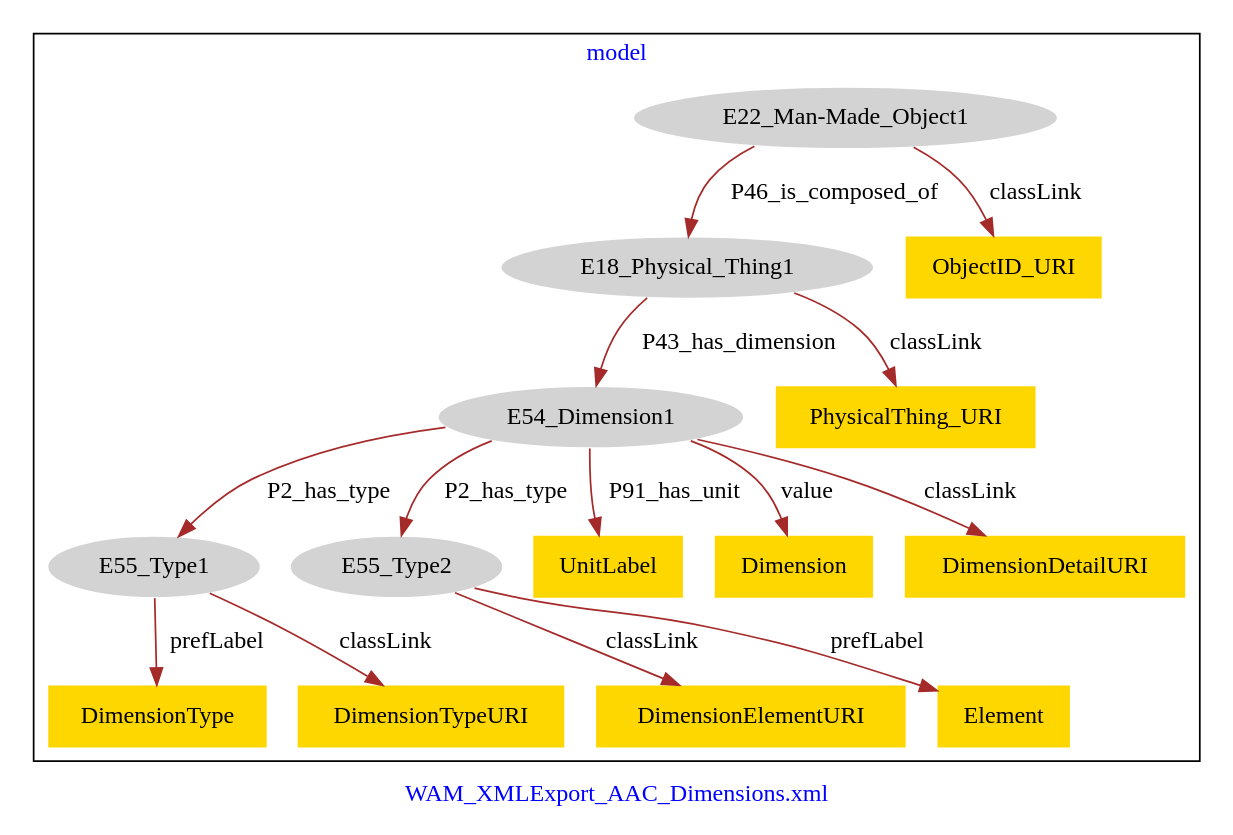
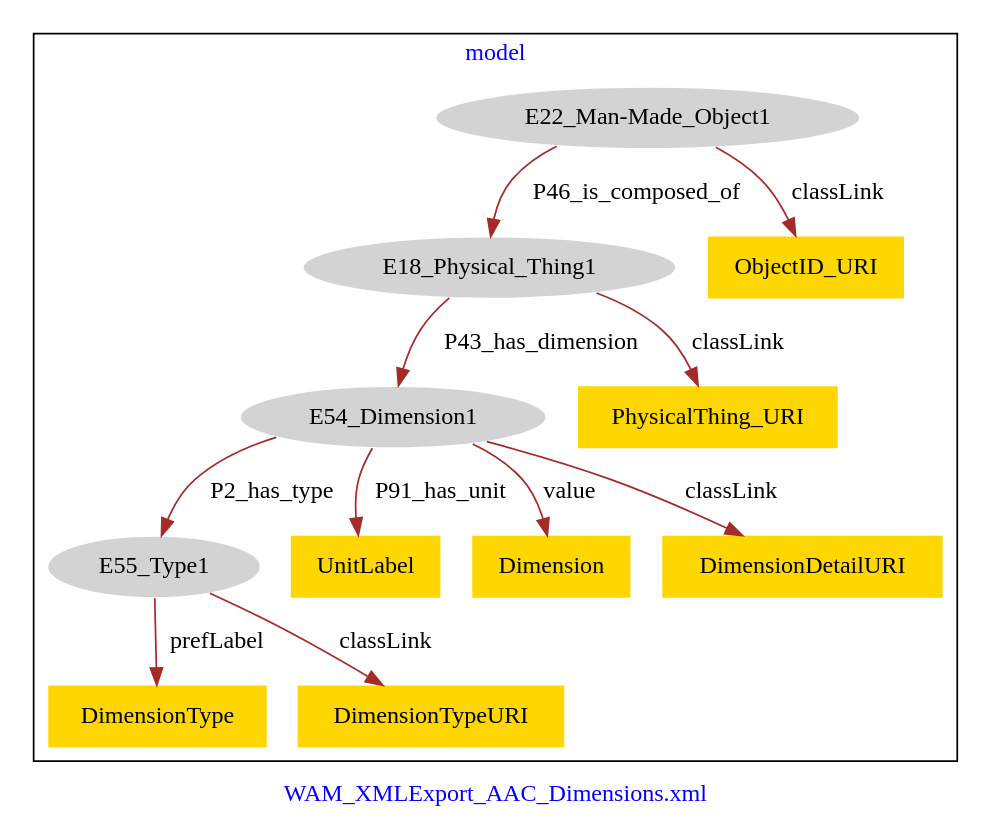
One commit to american-art/wam changed the diagram in WAM_AAC_Dimensions/WAM_AAC_Dimensions-model.dot. Above: the diagram before and after it, drawn with Graphviz.

Commit message:
Update file WAM_AAC_Dimensions-model.dot

```diff
--- a/WAM_AAC_Dimensions/WAM_AAC_Dimensions-model.dot
+++ b/WAM_AAC_Dimensions/WAM_AAC_Dimensions-model.dot
@@ -1,35 +1,29 @@
 digraph n0 {
 fontcolor="blue"
 remincross="true"
 label="WAM_XMLExport_AAC_Dimensions.xml"
 subgraph cluster {
 label="model"
 n2[style="filled",color="white",fillcolor="lightgray",label="E18_Physical_Thing1"];
 n3[style="filled",color="white",fillcolor="lightgray",label="E54_Dimension1"];
 n4[style="filled",color="white",fillcolor="lightgray",label="E22_Man-Made_Object1"];
 n5[style="filled",color="white",fillcolor="lightgray",label="E55_Type1"];
-n6[style="filled",color="white",fillcolor="lightgray",label="E55_Type2"];
+n6[shape="plaintext",style="filled",fillcolor="gold",label="DimensionType"];
 n7[shape="plaintext",style="filled",fillcolor="gold",label="UnitLabel"];
 n8[shape="plaintext",style="filled",fillcolor="gold",label="Dimension"];
-n9[shape="plaintext",style="filled",fillcolor="gold",label="DimensionElementURI"];
-n10[shape="plaintext",style="filled",fillcolor="gold",label="Element"];
-n11[shape="plaintext",style="filled",fillcolor="gold",label="DimensionType"];
-n12[shape="plaintext",style="filled",fillcolor="gold",label="DimensionTypeURI"];
-n13[shape="plaintext",style="filled",fillcolor="gold",label="PhysicalThing_URI"];
-n14[shape="plaintext",style="filled",fillcolor="gold",label="ObjectID_URI"];
-n15[shape="plaintext",style="filled",fillcolor="gold",label="DimensionDetailURI"];
+n9[shape="plaintext",style="filled",fillcolor="gold",label="DimensionTypeURI"];
+n10[shape="plaintext",style="filled",fillcolor="gold",label="PhysicalThing_URI"];
+n11[shape="plaintext",style="filled",fillcolor="gold",label="ObjectID_URI"];
+n12[shape="plaintext",style="filled",fillcolor="gold",label="DimensionDetailURI"];
 }
 n2 -> n3[color="brown",fontcolor="black",label="P43_has_dimension"]
 n4 -> n2[color="brown",fontcolor="black",label="P46_is_composed_of"]
 n3 -> n5[color="brown",fontcolor="black",label="P2_has_type"]
-n3 -> n6[color="brown",fontcolor="black",label="P2_has_type"]
+n5 -> n6[color="brown",fontcolor="black",label="prefLabel"]
 n3 -> n7[color="brown",fontcolor="black",label="P91_has_unit"]
 n3 -> n8[color="brown",fontcolor="black",label="value"]
-n6 -> n9[color="brown",fontcolor="black",label="classLink"]
-n6 -> n10[color="brown",fontcolor="black",label="prefLabel"]
-n5 -> n11[color="brown",fontcolor="black",label="prefLabel"]
-n5 -> n12[color="brown",fontcolor="black",label="classLink"]
-n2 -> n13[color="brown",fontcolor="black",label="classLink"]
-n4 -> n14[color="brown",fontcolor="black",label="classLink"]
-n3 -> n15[color="brown",fontcolor="black",label="classLink"]
+n5 -> n9[color="brown",fontcolor="black",label="classLink"]
+n2 -> n10[color="brown",fontcolor="black",label="classLink"]
+n4 -> n11[color="brown",fontcolor="black",label="classLink"]
+n3 -> n12[color="brown",fontcolor="black",label="classLink"]
 }
```
